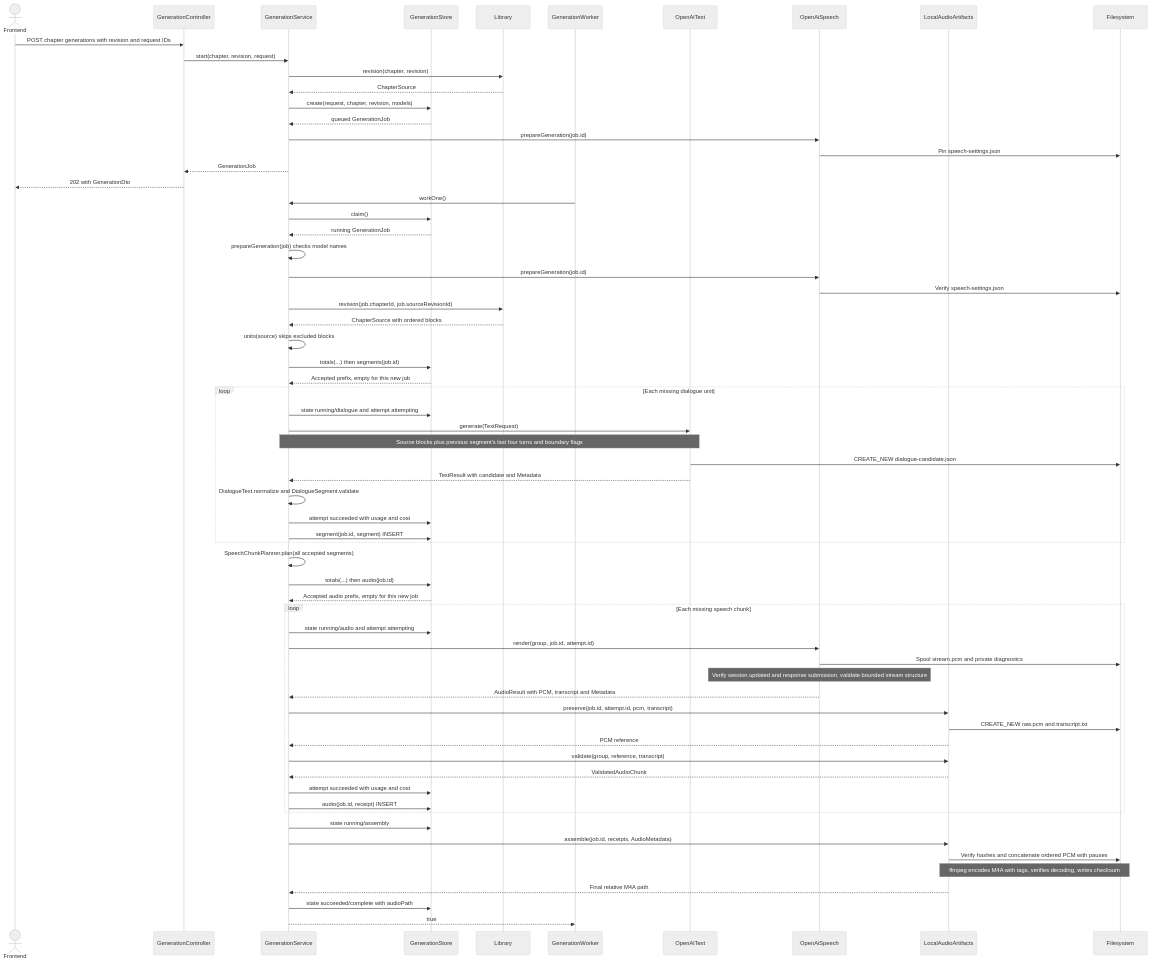
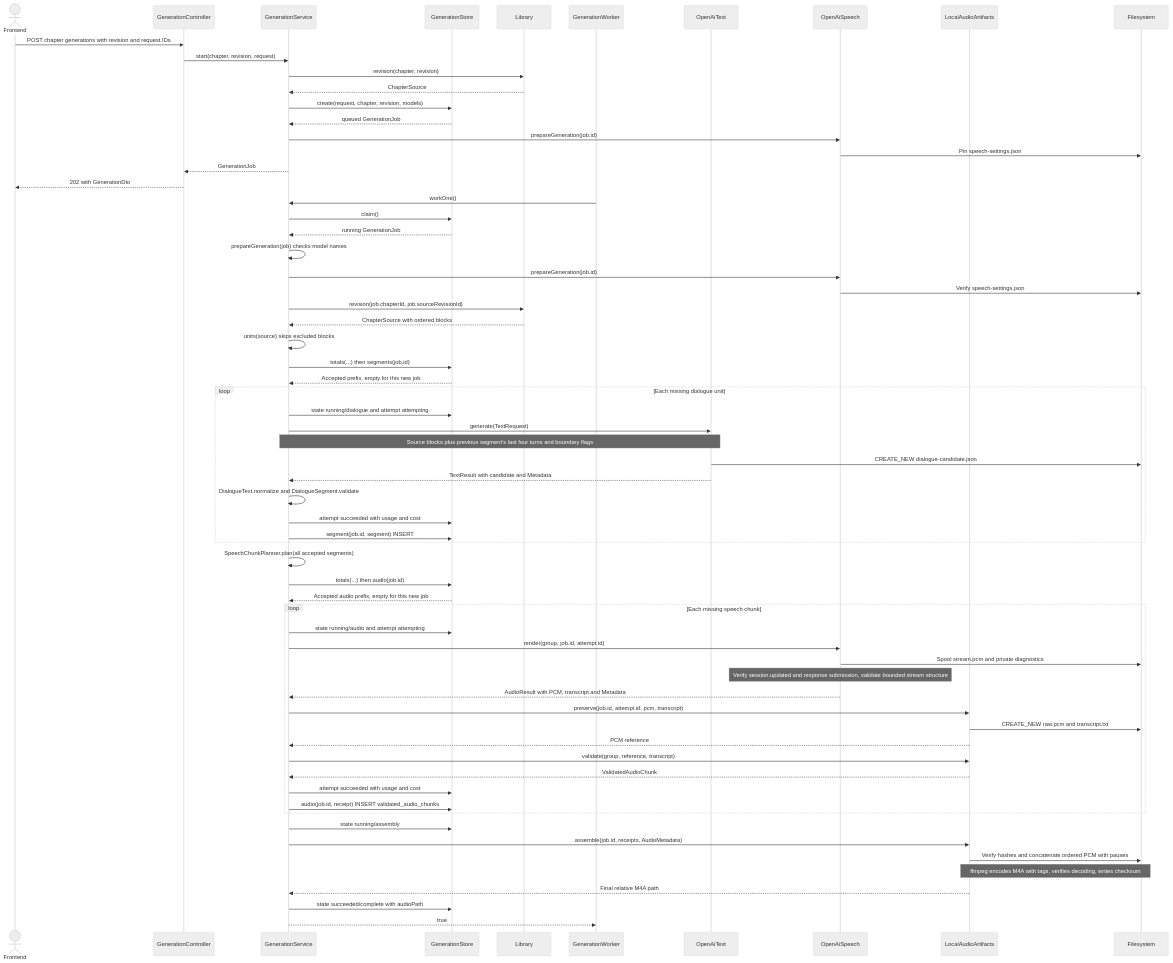
One commit to nenonja/bookcast changed the second of 3 diagrams in docs/GENERATION_FLOW.md. Above: the diagram before and after it, drawn with Mermaid (neutral theme). The commit also changed other lines of this file and 16 other files, not shown here.

````diff
--- a/docs/GENERATION_FLOW.md
+++ b/docs/GENERATION_FLOW.md
@@ -67,70 +69,70 @@
 ```mermaid
 sequenceDiagram
     actor UI as Frontend
     participant HTTP as GenerationController
     participant Service as GenerationService
     participant Store as GenerationStore
     participant Library as Library
     participant Worker as GenerationWorker
     participant Text as OpenAiText
     participant Speech as OpenAiSpeech
     participant Audio as LocalAudioArtifacts
     participant Files as Filesystem
 
     UI->>HTTP: POST chapter generations with revision and request IDs
     HTTP->>Service: start(chapter, revision, request)
     Service->>Library: revision(chapter, revision)
     Library-->>Service: ChapterSource
     Service->>Store: create(request, chapter, revision, models)
     Store-->>Service: queued GenerationJob
     Service->>Speech: prepareGeneration(job.id)
     Speech->>Files: Pin speech-settings.json
     Service-->>HTTP: GenerationJob
     HTTP-->>UI: 202 with GenerationDto
 
     Worker->>Service: workOne()
     Service->>Store: claim()
     Store-->>Service: running GenerationJob
     Service->>Service: prepareGeneration(job) checks model names
     Service->>Speech: prepareGeneration(job.id)
     Speech->>Files: Verify speech-settings.json
     Service->>Library: revision(job.chapterId, job.sourceRevisionId)
     Library-->>Service: ChapterSource with ordered blocks
     Service->>Service: units(source) skips excluded blocks
     Service->>Store: totals(...) then segments(job.id)
     Store-->>Service: Accepted prefix, empty for this new job
     loop Each missing dialogue unit
         Service->>Store: state running/dialogue and attempt attempting
         Service->>Text: generate(TextRequest)
         Note over Service,Text: Source blocks plus previous segment's last four turns and boundary flags
         Text->>Files: CREATE_NEW dialogue-candidate.json
         Text-->>Service: TextResult with candidate and Metadata
         Service->>Service: DialogueText.normalize and DialogueSegment.validate
         Service->>Store: attempt succeeded with usage and cost
         Service->>Store: segment(job.id, segment) INSERT
     end
     Service->>Service: SpeechChunkPlanner.plan(all accepted segments)
     Service->>Store: totals(...) then audio(job.id)
     Store-->>Service: Accepted audio prefix, empty for this new job
     loop Each missing speech chunk
         Service->>Store: state running/audio and attempt attempting
         Service->>Speech: render(group, job.id, attempt.id)
         Speech->>Files: Spool stream.pcm and private diagnostics
         Note over Speech: Verify session.updated and response submission, validate bounded stream structure
         Speech-->>Service: AudioResult with PCM, transcript and Metadata
         Service->>Audio: preserve(job.id, attempt.id, pcm, transcript)
         Audio->>Files: CREATE_NEW raw.pcm and transcript.txt
         Audio-->>Service: PCM reference
         Service->>Audio: validate(group, reference, transcript)
         Audio-->>Service: ValidatedAudioChunk
         Service->>Store: attempt succeeded with usage and cost
-        Service->>Store: audio(job.id, receipt) INSERT
+        Service->>Store: audio(job.id, receipt) INSERT validated_audio_chunks
     end
     Service->>Store: state running/assembly
     Service->>Audio: assemble(job.id, receipts, AudioMetadata)
     Audio->>Files: Verify hashes and concatenate ordered PCM with pauses
     Note over Audio,Files: ffmpeg encodes M4A with tags, verifies decoding, writes checksum
     Audio-->>Service: Final relative M4A path
     Service->>Store: state succeeded/complete with audioPath
     Service-->>Worker: true
 ```
````
